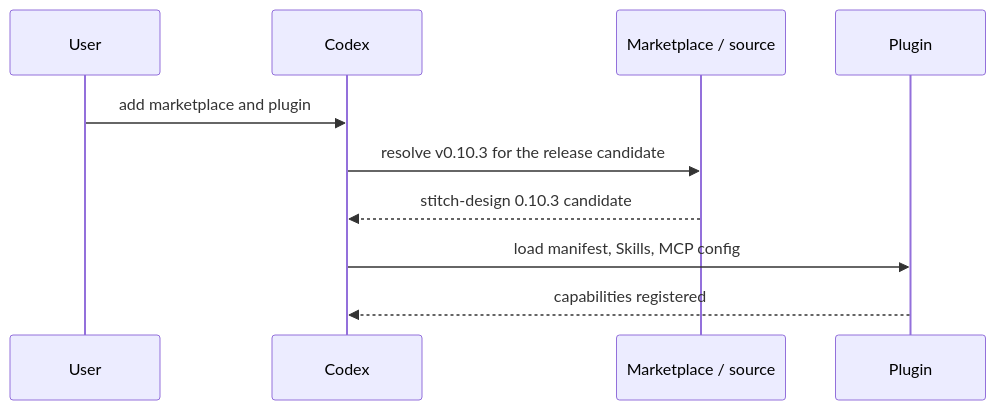
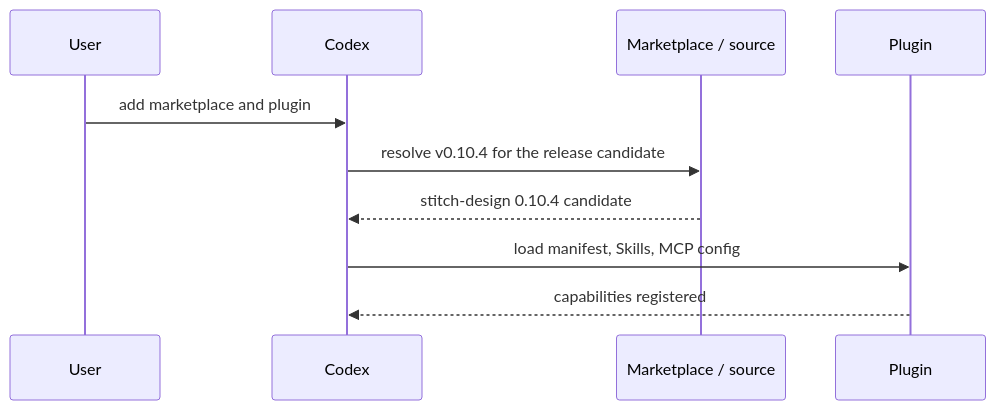
One commit to full-stack-plugins/stitch-design-plugin changed the seventh of 11 diagrams in docs/Stitch-Design-Architecture.md. Above: the diagram before and after it, drawn with Mermaid. The commit also changed other lines of this file and 8 other files, not shown here.

````diff
--- a/docs/Stitch-Design-Architecture.md
+++ b/docs/Stitch-Design-Architecture.md
@@ -175,12 +175,12 @@
 ```mermaid
 sequenceDiagram
     participant U as User
     participant C as Codex
     participant M as Marketplace / source
     participant P as Plugin
     U->>C: add marketplace and plugin
-    C->>M: resolve v0.10.3 for the release candidate
-    M-->>C: stitch-design 0.10.3 candidate
+    C->>M: resolve v0.10.4 for the release candidate
+    M-->>C: stitch-design 0.10.4 candidate
     C->>P: load manifest, Skills, MCP config
     P-->>C: capabilities registered
 ```
````
